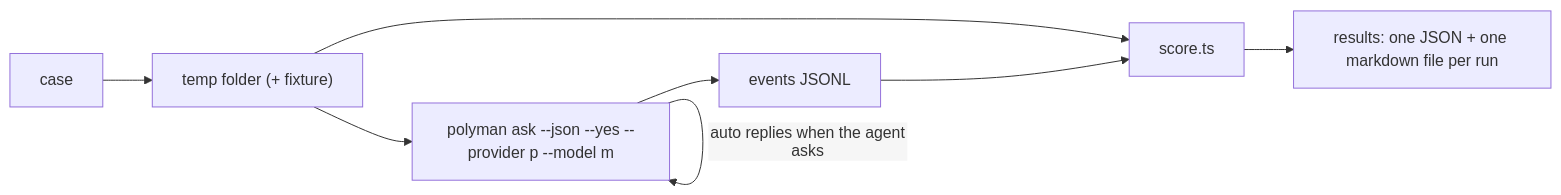
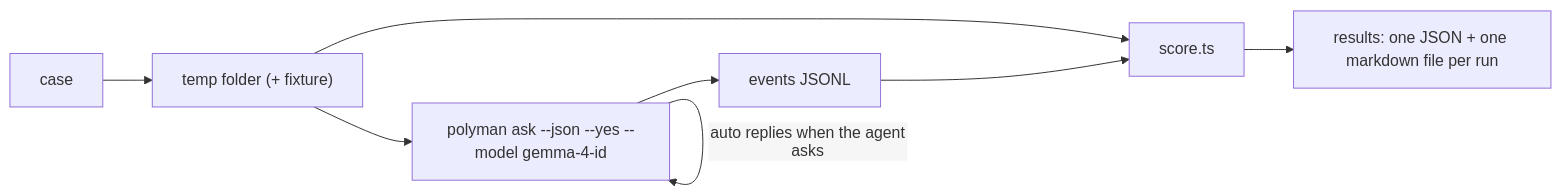
The diagram in design/agent/08-evals-release.md (Ahmad-Faraj/polyman), drawn with Mermaid before and after one commit. The commit also changed other lines of this file and 29 other files, not shown here.

````diff
--- a/design/agent/08-evals-release.md
+++ b/design/agent/08-evals-release.md
@@ -44,11 +44,11 @@
 ```mermaid
 %%{init: {"flowchart": {"htmlLabels": false}} }%%
 flowchart LR
   c["case"] --> tmp["temp folder (+ fixture)"]
-  tmp --> ask["polyman ask --json --yes --provider p --model m"]
+  tmp --> ask["polyman ask --json --yes --model gemma-4-id"]
   ask -->|"auto replies when the agent asks"| ask
   ask --> ev["events JSONL"]
   ev --> score["score.ts"]
   tmp --> score
   score --> res["results: one JSON + one markdown file per run"]
 ```
````
